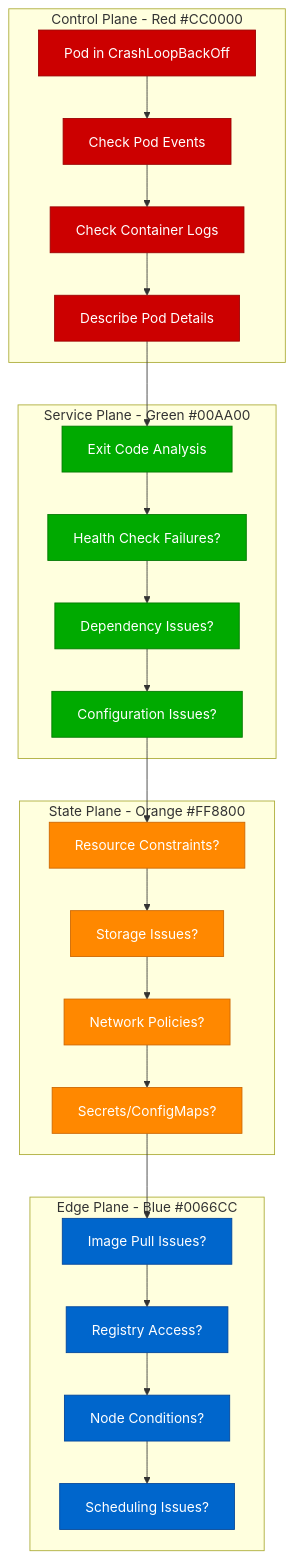
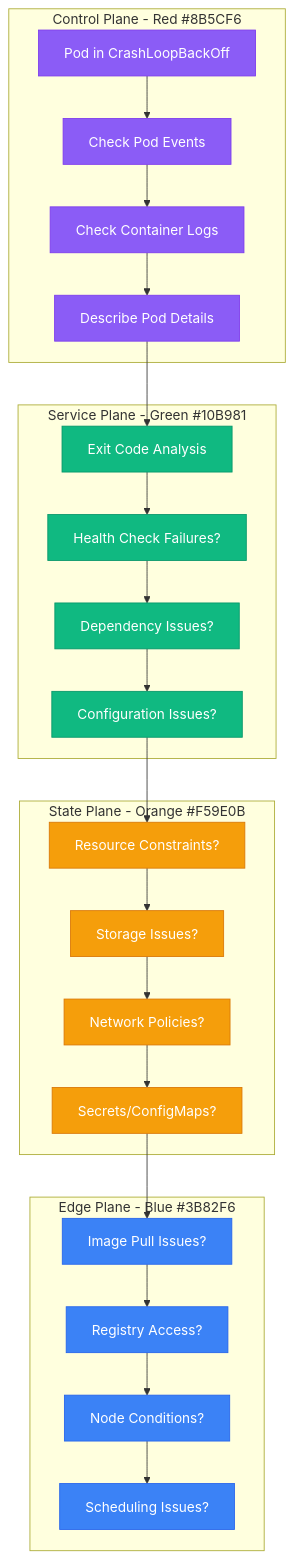
One commit to deepaucksharma/DS changed the diagram in site/docs/debugging/kubernetes-crashloopbackoff-debugging.md. Above: the diagram before and after it, drawn with Mermaid. The commit also changed 187 other files, not shown here.

````diff
--- a/site/docs/debugging/kubernetes-crashloopbackoff-debugging.md
+++ b/site/docs/debugging/kubernetes-crashloopbackoff-debugging.md
@@ -9,57 +9,57 @@
 ```mermaid
 graph TB
-    subgraph ControlPlane[Control Plane - Red #CC0000]
+    subgraph ControlPlane[Control Plane - Red #8B5CF6]
         START[Pod in CrashLoopBackOff]
         EVENTS[Check Pod Events]
         LOGS[Check Container Logs]
         DESCRIBE[Describe Pod Details]
     end
 
-    subgraph ServicePlane[Service Plane - Green #00AA00]
+    subgraph ServicePlane[Service Plane - Green #10B981]
         EXIT[Exit Code Analysis]
         HEALTH[Health Check Failures?]
         DEPS[Dependency Issues?]
         CONFIG[Configuration Issues?]
     end
 
-    subgraph StatePlane[State Plane - Orange #FF8800]
+    subgraph StatePlane[State Plane - Orange #F59E0B]
         RESOURCES[Resource Constraints?]
         STORAGE[Storage Issues?]
         NETWORK[Network Policies?]
         SECRETS[Secrets/ConfigMaps?]
     end
 
-    subgraph EdgePlane[Edge Plane - Blue #0066CC]
+    subgraph EdgePlane[Edge Plane - Blue #3B82F6]
         IMAGE[Image Pull Issues?]
         REGISTRY[Registry Access?]
         NODE[Node Conditions?]
         SCHED[Scheduling Issues?]
     end
 
     START --> EVENTS
     EVENTS --> LOGS
     LOGS --> DESCRIBE
     DESCRIBE --> EXIT
     EXIT --> HEALTH
     HEALTH --> DEPS
     DEPS --> CONFIG
     CONFIG --> RESOURCES
     RESOURCES --> STORAGE
     STORAGE --> NETWORK
     NETWORK --> SECRETS
     SECRETS --> IMAGE
     IMAGE --> REGISTRY
     REGISTRY --> NODE
     NODE --> SCHED
 
     %% Apply four-plane colors
-    classDef controlStyle fill:#CC0000,stroke:#990000,color:#fff
-    classDef serviceStyle fill:#00AA00,stroke:#007700,color:#fff
-    classDef stateStyle fill:#FF8800,stroke:#CC6600,color:#fff
-    classDef edgeStyle fill:#0066CC,stroke:#004499,color:#fff
+    classDef controlStyle fill:#8B5CF6,stroke:#7C3AED,color:#fff
+    classDef serviceStyle fill:#10B981,stroke:#059669,color:#fff
+    classDef stateStyle fill:#F59E0B,stroke:#D97706,color:#fff
+    classDef edgeStyle fill:#3B82F6,stroke:#2563EB,color:#fff
 
     class START,EVENTS,LOGS,DESCRIBE controlStyle
     class EXIT,HEALTH,DEPS,CONFIG serviceStyle
     class RESOURCES,STORAGE,NETWORK,SECRETS stateStyle
     class IMAGE,REGISTRY,NODE,SCHED edgeStyle
 ```
````
